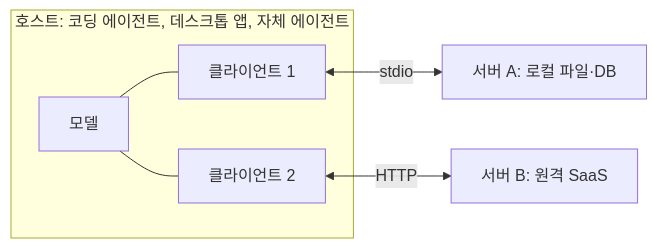
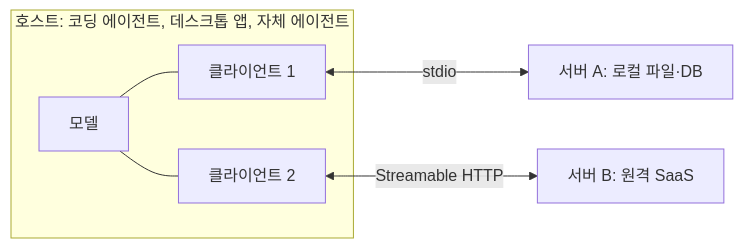
One commit to mentalage46/pocket-tips changed the first of 2 diagrams in docs/AI/mcp/concepts.md. Above: the diagram before and after it, drawn with Mermaid. The commit also changed other lines of this file and 15 other files, not shown here.

````diff
--- a/docs/AI/mcp/concepts.md
+++ b/docs/AI/mcp/concepts.md
@@ -7,12 +7,12 @@
 ```mermaid
 flowchart LR
     subgraph H[호스트: 코딩 에이전트, 데스크톱 앱, 자체 에이전트]
         M[모델]
         C1[클라이언트 1]
         C2[클라이언트 2]
     end
     C1 <-->|stdio| S1[서버 A: 로컬 파일·DB]
-    C2 <-->|HTTP| S2[서버 B: 원격 SaaS]
+    C2 <-->|Streamable HTTP| S2[서버 B: 원격 SaaS]
     M --- C1
     M --- C2
 ```
````
